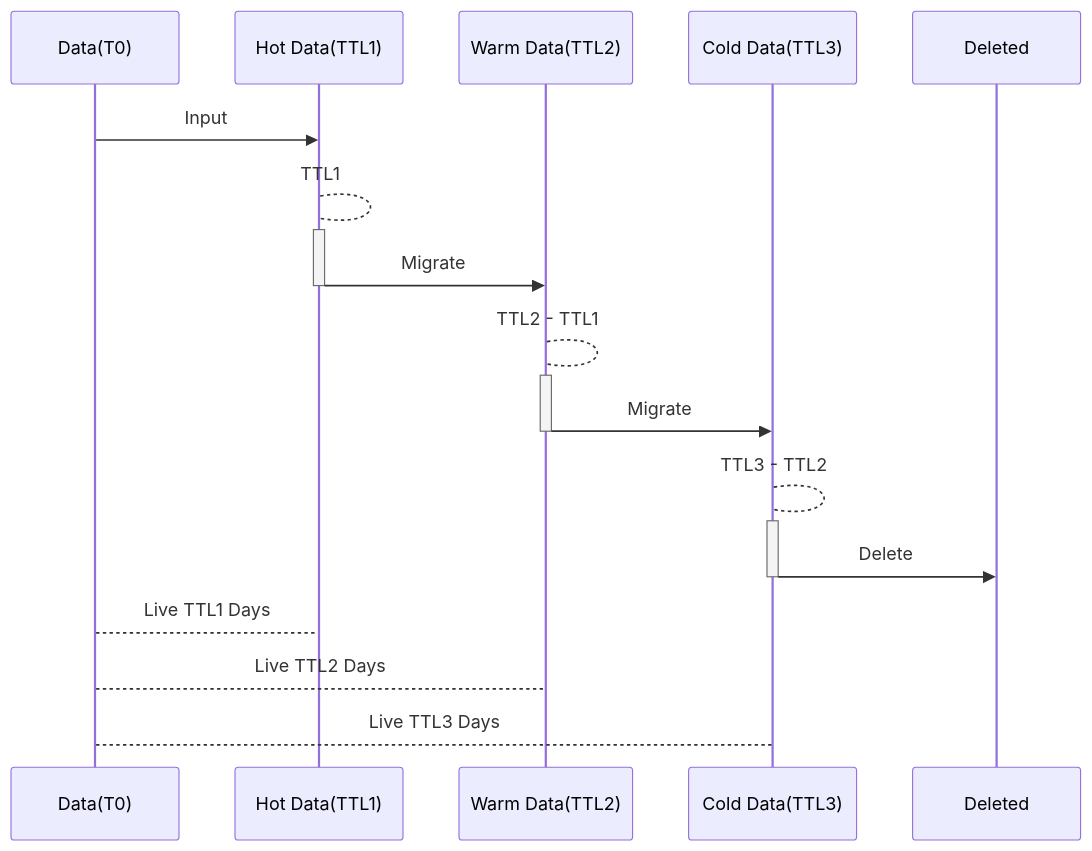
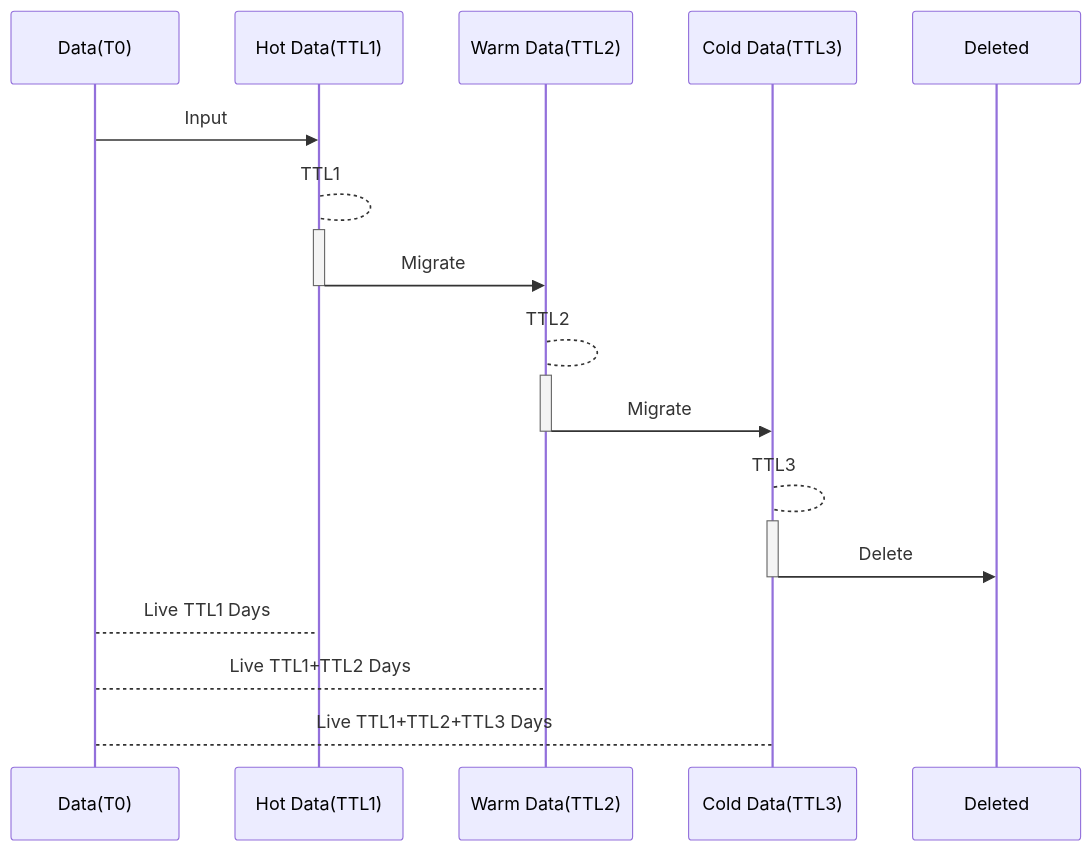
The diagram in docs/en/banyandb/stages.md (apache/skywalking), drawn with Mermaid before and after one commit. The commit also changed other lines of this file, not shown here.

Commit message:
Fix Data Lifecycle Stages docs TTL description. (#13151)

````diff
--- a/docs/en/banyandb/stages.md
+++ b/docs/en/banyandb/stages.md
@@ -57,13 +57,13 @@
 ```mermaid
 sequenceDiagram
   Data(T0) ->> Hot Data(TTL1): Input
   Hot Data(TTL1) -->+ Hot Data(TTL1): TTL1
   Hot Data(TTL1) ->>- Warm Data(TTL2): Migrate
-  Warm Data(TTL2) -->+ Warm Data(TTL2): TTL2 - TTL1
+  Warm Data(TTL2) -->+ Warm Data(TTL2): TTL2
   Warm Data(TTL2) ->>- Cold Data(TTL3): Migrate
-  Cold Data(TTL3) -->+ Cold Data(TTL3): TTL3 - TTL2
+  Cold Data(TTL3) -->+ Cold Data(TTL3): TTL3
   Cold Data(TTL3) ->>- Deleted: Delete
   Data(T0) --> Hot Data(TTL1): Live TTL1 Days
-  Data(T0) --> Warm Data(TTL2): Live TTL2 Days
-  Data(T0) --> Cold Data(TTL3): Live TTL3 Days
+  Data(T0) --> Warm Data(TTL2): Live TTL1+TTL2 Days
+  Data(T0) --> Cold Data(TTL3): Live TTL1+TTL2+TTL3 Days
 ```
````
